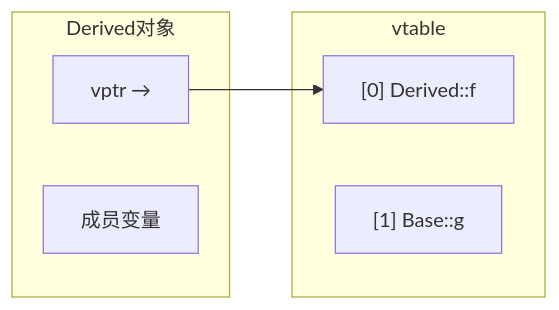
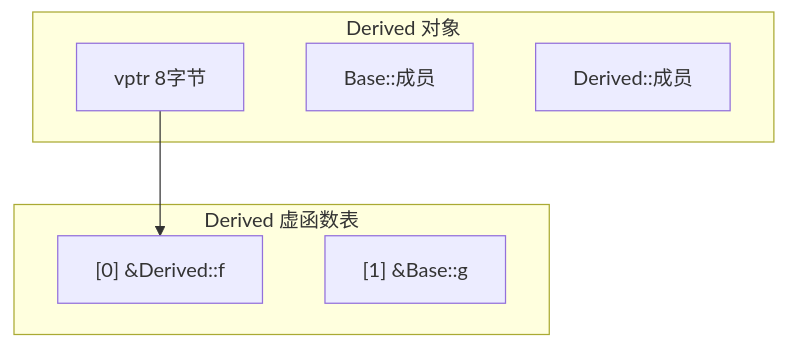
One commit to 223daxiu/embedded-kb changed the first of 5 diagrams in docs/cpp-embedded/36-interview/README.md. Above: the diagram before and after it, drawn with Mermaid. The commit also changed other lines of this file, not shown here.

````diff
--- a/docs/cpp-embedded/36-interview/README.md
+++ b/docs/cpp-embedded/36-interview/README.md
@@ -20,12 +195,13 @@
 ```mermaid
-graph LR
-    subgraph Derived对象
-        vptr["vptr →"]
-        members["成员变量"]
+graph TD
+    subgraph "Derived 对象"
+        A[vptr 8字节]
+        B[Base::成员]
+        C[Derived::成员]
     end
-    subgraph vtable
-        slot1["[0] Derived::f"]
-        slot2["[1] Base::g"]
+    subgraph "Derived 虚函数表"
+        D["[0] &Derived::f"]
+        E["[1] &Base::g"]
     end
-    vptr --> slot1
+    A --> D
 ```
````
